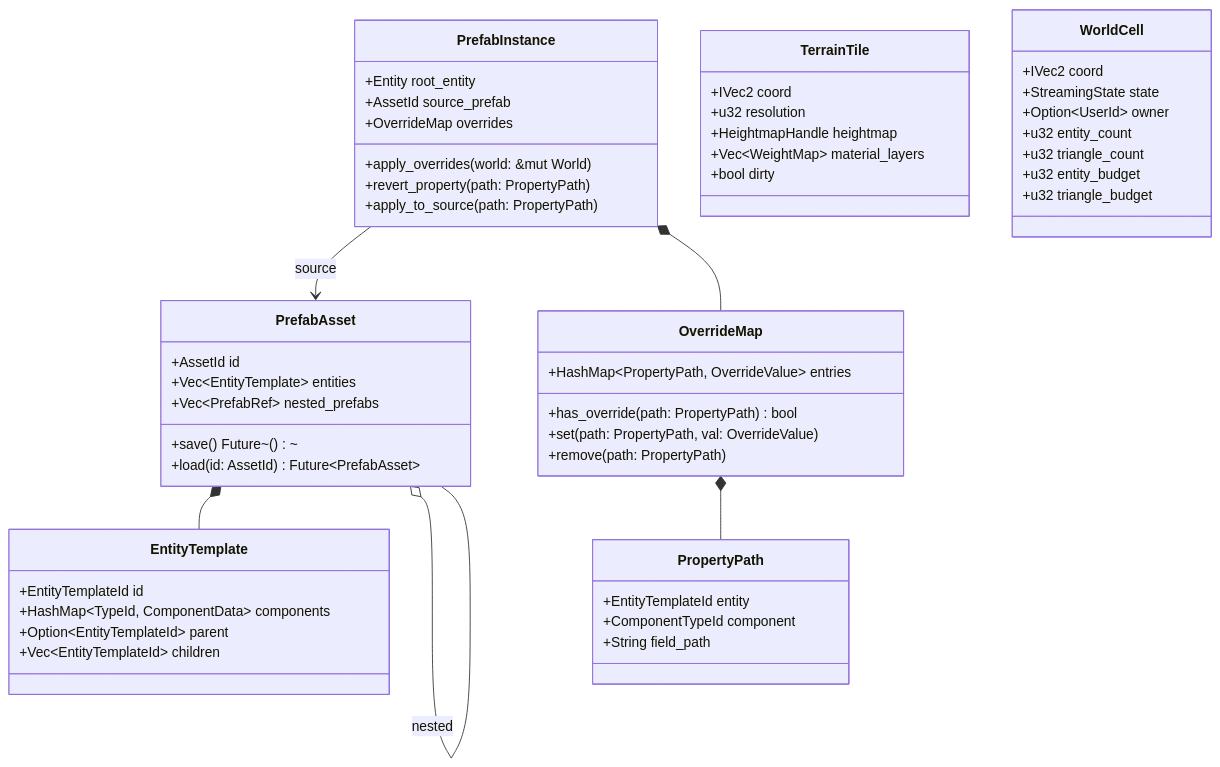
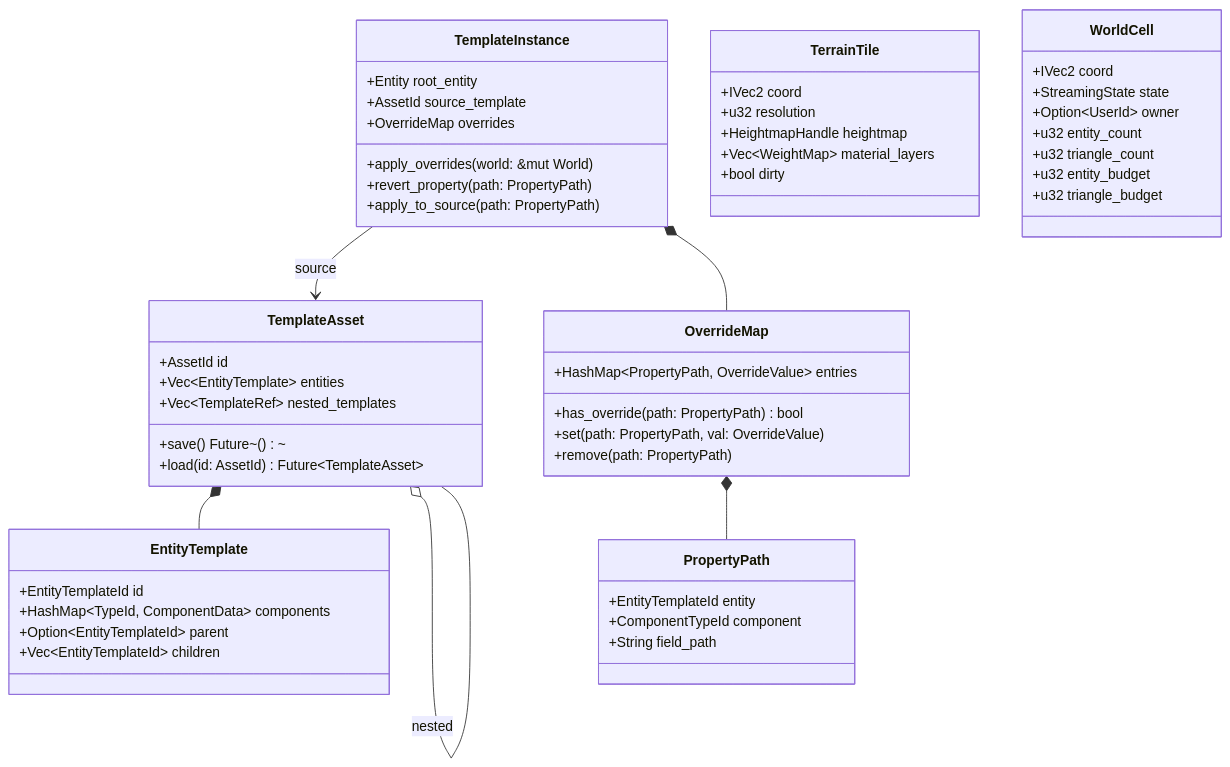
One commit to harmonius-dev/harmonius changed the sixth of 6 diagrams in docs/design/tools/level-world.md. Above: the diagram before and after it, drawn with Mermaid. The commit also changed other lines of this file and 582 other files, not shown here.

````diff
--- a/docs/design/tools/level-world.md
+++ b/docs/design/tools/level-world.md
@@ -281,63 +280,63 @@
 ```mermaid
 classDiagram
-    class PrefabAsset {
+    class TemplateAsset {
         +AssetId id
         +Vec~EntityTemplate~ entities
-        +Vec~PrefabRef~ nested_prefabs
+        +Vec~TemplateRef~ nested_templates
         +save() Future~()~
-        +load(id: AssetId) Future~PrefabAsset~
+        +load(id: AssetId) Future~TemplateAsset~
     }
 
     class EntityTemplate {
         +EntityTemplateId id
         +HashMap~TypeId, ComponentData~ components
         +Option~EntityTemplateId~ parent
         +Vec~EntityTemplateId~ children
     }
 
-    class PrefabInstance {
+    class TemplateInstance {
         +Entity root_entity
-        +AssetId source_prefab
+        +AssetId source_template
         +OverrideMap overrides
         +apply_overrides(world: &mut World)
         +revert_property(path: PropertyPath)
         +apply_to_source(path: PropertyPath)
     }
 
     class OverrideMap {
         +HashMap~PropertyPath, OverrideValue~ entries
         +has_override(path: PropertyPath) bool
         +set(path: PropertyPath, val: OverrideValue)
         +remove(path: PropertyPath)
     }
 
     class PropertyPath {
         +EntityTemplateId entity
         +ComponentTypeId component
         +String field_path
     }
 
     class TerrainTile {
         +IVec2 coord
         +u32 resolution
         +HeightmapHandle heightmap
         +Vec~WeightMap~ material_layers
         +bool dirty
     }
 
     class WorldCell {
         +IVec2 coord
         +StreamingState state
         +Option~UserId~ owner
         +u32 entity_count
         +u32 triangle_count
         +u32 entity_budget
         +u32 triangle_budget
     }
 
-    PrefabAsset *-- EntityTemplate
-    PrefabAsset o-- PrefabAsset : nested
-    PrefabInstance --> PrefabAsset : source
-    PrefabInstance *-- OverrideMap
+    TemplateAsset *-- EntityTemplate
+    TemplateAsset o-- TemplateAsset : nested
+    TemplateInstance --> TemplateAsset : source
+    TemplateInstance *-- OverrideMap
     OverrideMap *-- PropertyPath
 ```
````
